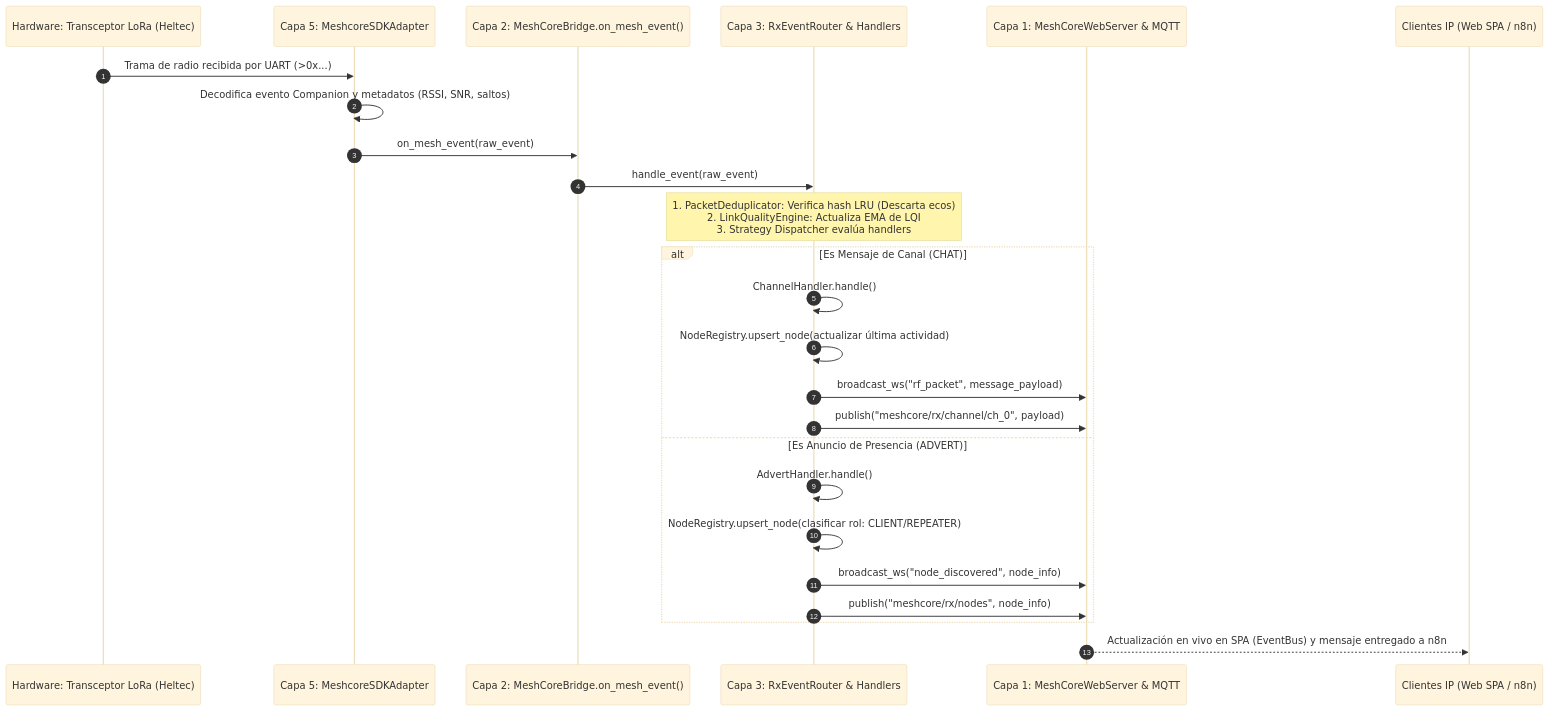
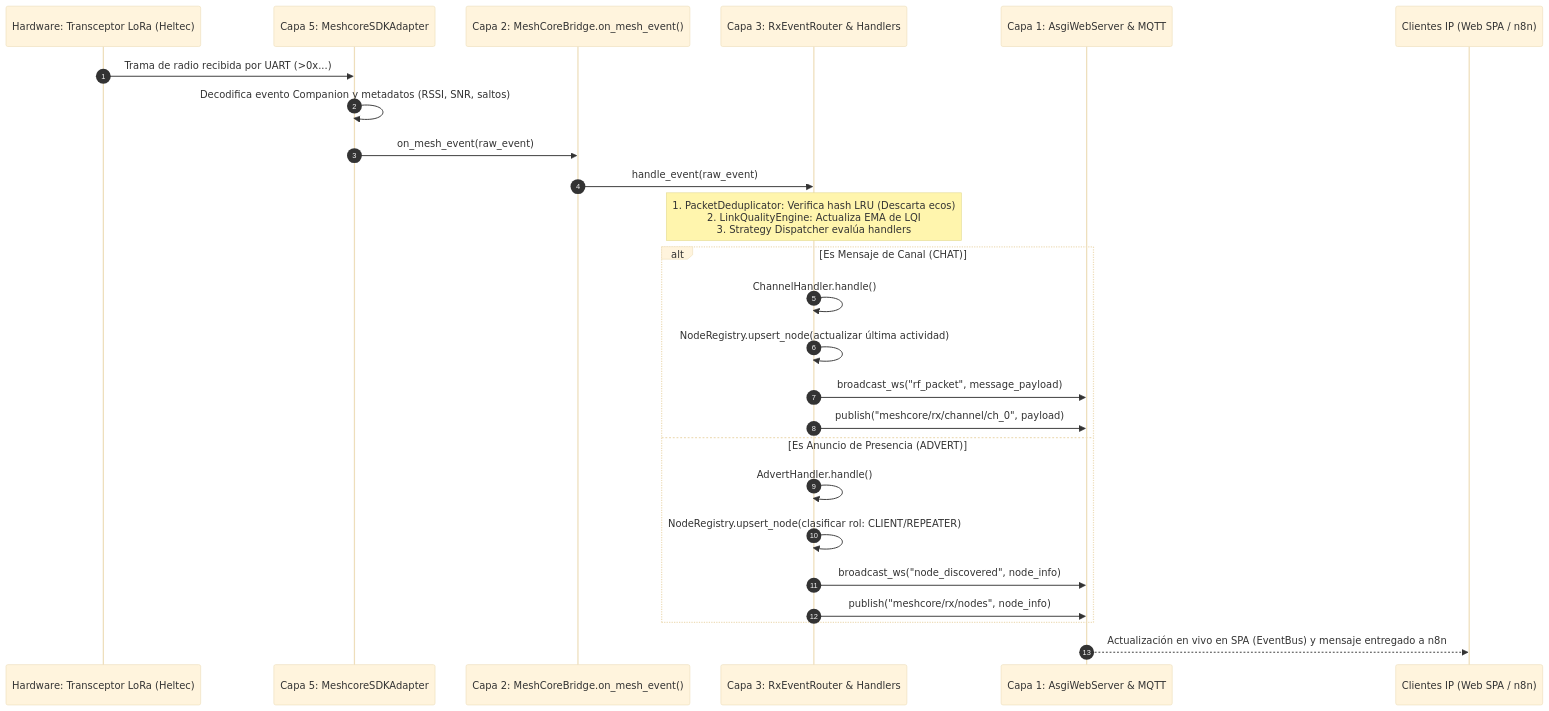
One commit to cyber89/meshcore-bridge-client changed the third of 3 diagrams in docs/SYSTEM_LAYERS_MANUAL.md. Above: the diagram before and after it, drawn with Mermaid (base theme). The commit also changed other lines of this file and 26 other files, not shown here.

Commit message:
feat(web): eliminate legacy native web server in favor of FastAPI ASGI

````diff
--- a/docs/SYSTEM_LAYERS_MANUAL.md
+++ b/docs/SYSTEM_LAYERS_MANUAL.md
@@ -359,31 +357,31 @@
 ```mermaid
 sequenceDiagram
     autonumber
     participant HW as Hardware: Transceptor LoRa (Heltec)
     participant C5 as Capa 5: MeshcoreSDKAdapter
     participant C2 as Capa 2: MeshCoreBridge.on_mesh_event()
     participant C3 as Capa 3: RxEventRouter & Handlers
-    participant C1 as Capa 1: MeshCoreWebServer & MQTT
+    participant C1 as Capa 1: AsgiWebServer & MQTT
     participant Client as Clientes IP (Web SPA / n8n)
 
     HW->>C5: Trama de radio recibida por UART (>0x...)
     C5->>C5: Decodifica evento Companion y metadatos (RSSI, SNR, saltos)
     C5->>C2: on_mesh_event(raw_event)
     C2->>C3: handle_event(raw_event)
 
     Note over C3: 1. PacketDeduplicator: Verifica hash LRU (Descarta ecos)<br/>2. LinkQualityEngine: Actualiza EMA de LQI<br/>3. Strategy Dispatcher evalúa handlers
 
     alt Es Mensaje de Canal (CHAT)
         C3->>C3: ChannelHandler.handle()
         C3->>C3: NodeRegistry.upsert_node(actualizar última actividad)
         C3->>C1: broadcast_ws("rf_packet", message_payload)
         C3->>C1: publish("meshcore/rx/channel/ch_0", payload)
     else Es Anuncio de Presencia (ADVERT)
         C3->>C3: AdvertHandler.handle()
         C3->>C3: NodeRegistry.upsert_node(clasificar rol: CLIENT/REPEATER)
         C3->>C1: broadcast_ws("node_discovered", node_info)
         C3->>C1: publish("meshcore/rx/nodes", node_info)
     end
 
     C1-->>Client: Actualización en vivo en SPA (EventBus) y mensaje entregado a n8n
 ```
````
